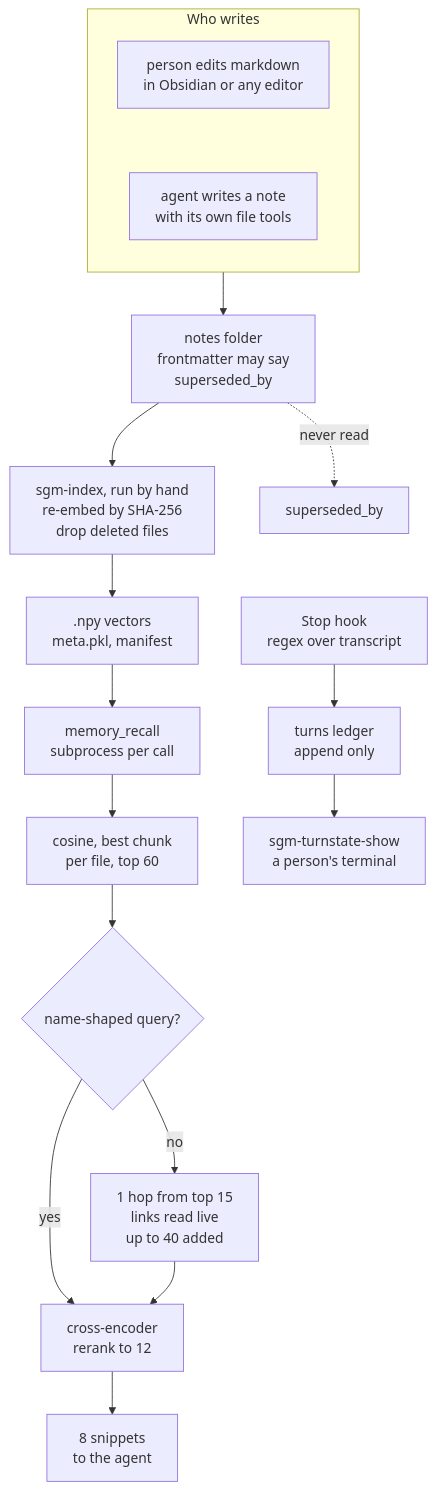
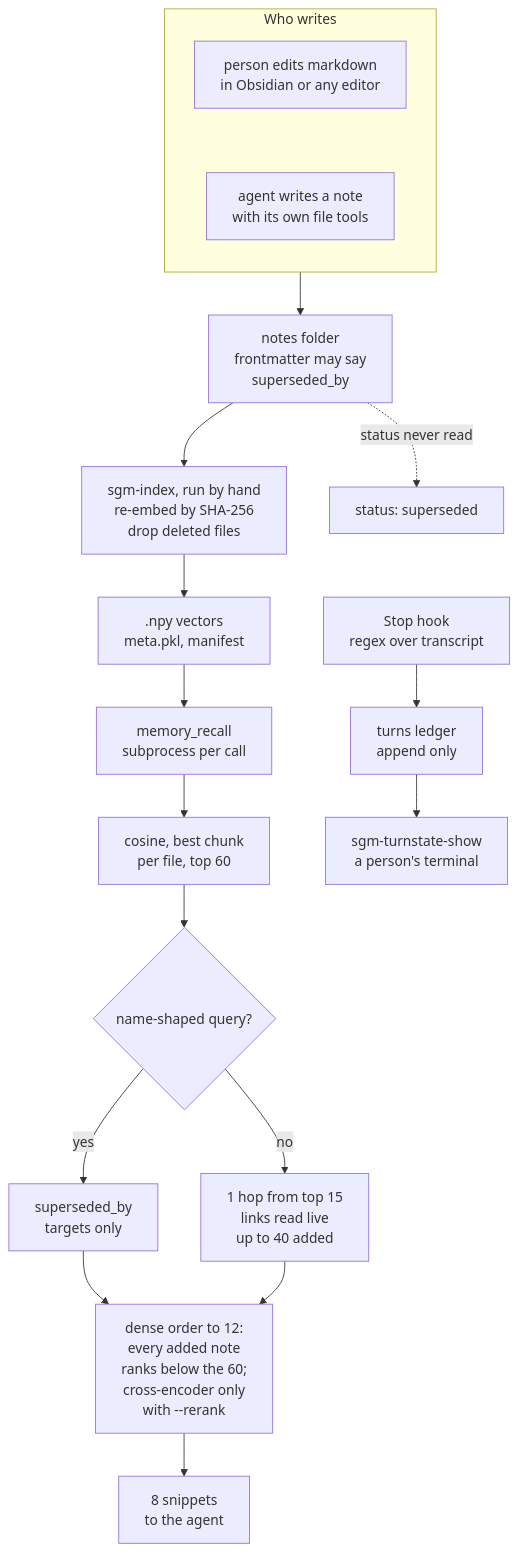
The diagram in content/systems/sqlite-graph-memory.md (neoneye/agent-memory-atlas), drawn with Mermaid before and after one commit. The commit also changed other lines of this file and 16 other files, not shown here.

First line of the commit message:
sqlite-graph-memory at cff9420: at the default dense order the hop cannot reach the bundle; superseded_by is a link, not a demotion

````diff
--- a/content/systems/sqlite-graph-memory.md
+++ b/content/systems/sqlite-graph-memory.md
@@ -82,24 +91,25 @@
 ```mermaid
-%% caption: notes reach recall only through a manual index run; the supersession a note declares and the ledger the hook writes never reach the agent
+%% caption: notes reach recall only through a manual index run; at the default dense order nothing the hop adds can pass the 60 vector hits, superseded_by is a link to follow, and the ledger the hook writes never reaches the agent
 flowchart TD
   subgraph writers["Who writes"]
     direction TB
     USER["person edits markdown<br/>in Obsidian or any editor"]
     AGENT["agent writes a note<br/>with its own file tools"]
     USER ~~~ AGENT
   end
   writers --> NOTES["notes folder<br/>frontmatter may say<br/>superseded_by"]
   NOTES --> IDX["sgm-index, run by hand<br/>re-embed by SHA-256<br/>drop deleted files"]
   IDX --> STORE[".npy vectors<br/>meta.pkl, manifest"]
   STORE --> MCP["memory_recall<br/>subprocess per call"]
   MCP --> DENSE["cosine, best chunk<br/>per file, top 60"]
   DENSE --> GATE{"name-shaped query?"}
   GATE -->|"no"| HOP["1 hop from top 15<br/>links read live<br/>up to 40 added"]
-  GATE -->|"yes"| RR
-  HOP --> RR["cross-encoder<br/>rerank to 12"]
+  GATE -->|"yes"| SUPH["superseded_by<br/>targets only"]
+  SUPH --> RR
+  HOP --> RR["dense order to 12:<br/>every added note<br/>ranks below the 60;<br/>cross-encoder only<br/>with --rerank"]
   RR --> OUT["8 snippets<br/>to the agent"]
-  NOTES -.->|"never read"| SUP["superseded_by"]
+  NOTES -.->|"status never read"| SUP["status: superseded"]
   SUP ~~~ HOOK["Stop hook<br/>regex over transcript"]
   HOOK --> TURNS["turns ledger<br/>append only"]
   TURNS --> SHOW["sgm-turnstate-show<br/>a person's terminal"]
 ```
````
